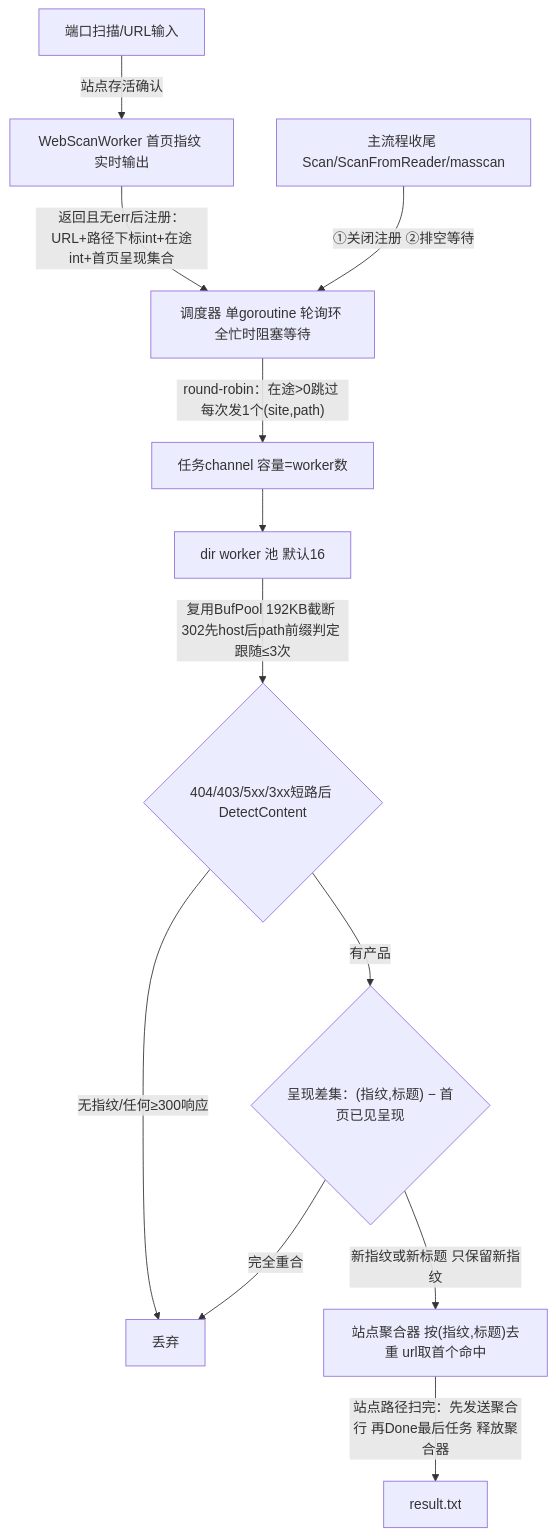
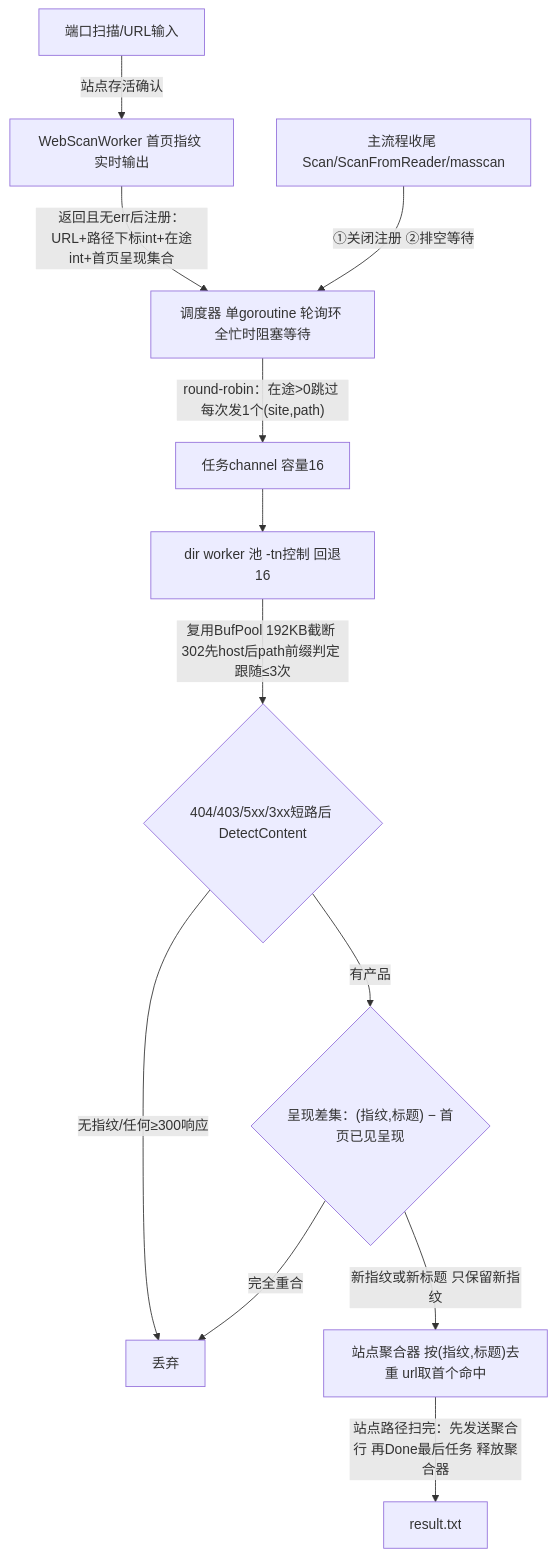
The diagram in docs/modules/04-目录扫描模块.md (LHXHL/fscanx), drawn with Mermaid before and after one commit. The commit also changed other lines of this file and 10 other files, not shown here.

````diff
--- a/docs/modules/04-目录扫描模块.md
+++ b/docs/modules/04-目录扫描模块.md
@@ -19,14 +19,14 @@
 ```mermaid
 flowchart TB
     A["端口扫描/URL输入"] -->|"站点存活确认"| B["WebScanWorker 首页指纹 实时输出"]
     B -->|"返回且无err后注册：URL+路径下标int+在途int+首页呈现集合"| S["调度器 单goroutine 轮询环 全忙时阻塞等待"]
-    S -->|"round-robin：在途>0跳过 每次发1个(site,path)"| Q["任务channel 容量=worker数"]
-    Q --> W["dir worker 池 默认16"]
+    S -->|"round-robin：在途>0跳过 每次发1个(site,path)"| Q["任务channel 容量16"]
+    Q --> W["dir worker 池 -tn控制 回退16"]
     W -->|"复用BufPool 192KB截断 302先host后path前缀判定 跟随≤3次"| F{"404/403/5xx/3xx短路后 DetectContent"}
     F -->|"无指纹/任何≥300响应"| X["丢弃"]
     F -->|"有产品"| D{"呈现差集：(指纹,标题) − 首页已见呈现"}
     D -->|"完全重合"| X
     D -->|"新指纹或新标题 只保留新指纹"| AG["站点聚合器 按(指纹,标题)去重 url取首个命中"]
     AG -->|"站点路径扫完：先发送聚合行 再Done最后任务 释放聚合器"| R["result.txt"]
     M["主流程收尾 Scan/ScanFromReader/masscan"] -->|"①关闭注册 ②排空等待"| S
 ```
````
